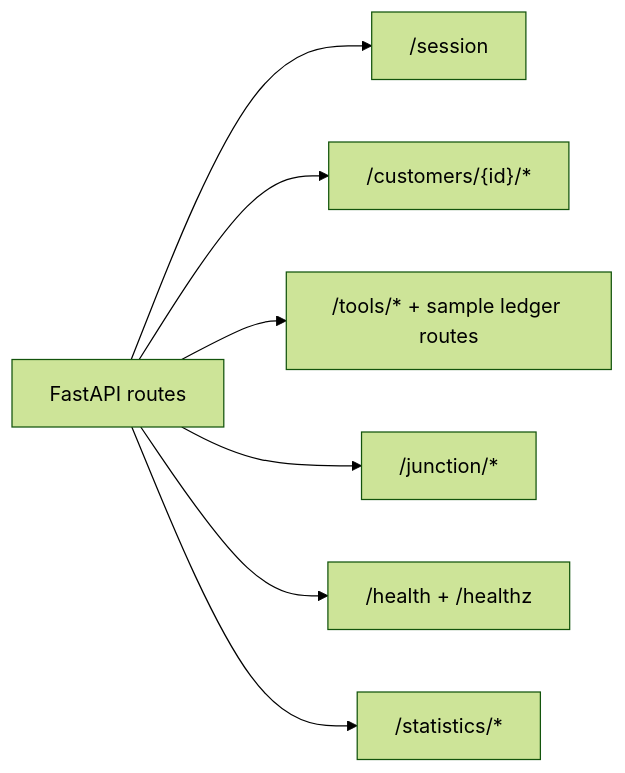
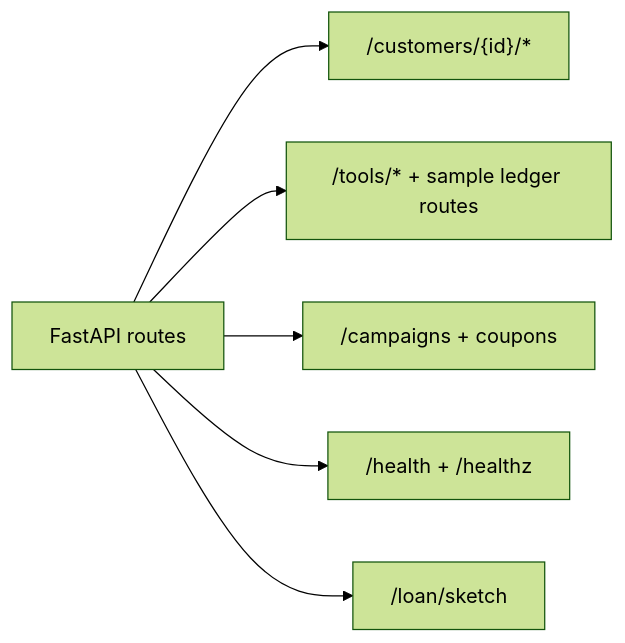
The third of 3 diagrams in backend/README.md (giaongo/SpendSight), drawn with Mermaid (forest theme) before and after one commit. The commit also changed other lines of this file, not shown here.

````diff
--- a/backend/README.md
+++ b/backend/README.md
@@ -161,9 +201,8 @@
 ```mermaid
 flowchart LR
-    API[FastAPI routes] --> Session["/session"]
-    API --> Customer["/customers/{id}/*"]
+    API[FastAPI routes] --> Customer["/customers/{id}/*"]
     API --> Sample["/tools/* + sample ledger routes"]
-    API --> Junction["/junction/*"]
+    API --> Offers["/campaigns + coupons"]
     API --> Ops["/health + /healthz"]
-    API --> Stats["/statistics/*"]
+    API --> Loan["/loan/sketch"]
 ```
````
